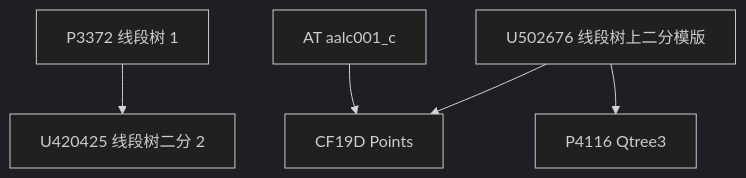
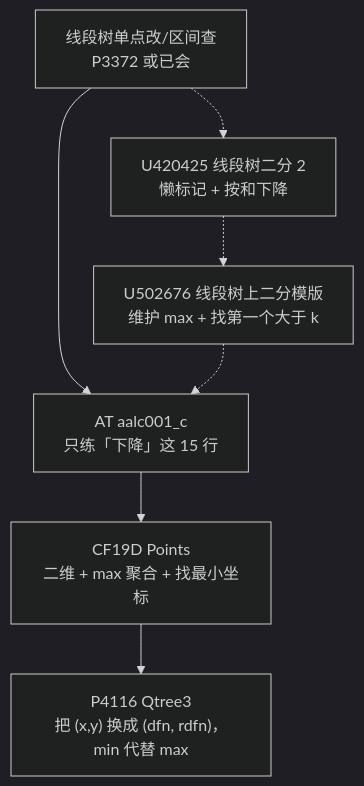
Before and after one commit to rainboyOJ/new_problem_solutions: the diagram in problem-sets/rainboy-personal.md, drawn with Mermaid (dark theme). The commit also changed other lines of this file, not shown here.

Commit message:
docs(problem-sets): 个人题单 mermaid 改为主线链条，补充题作旁支

````diff
--- a/problem-sets/rainboy-personal.md
+++ b/problem-sets/rainboy-personal.md
@@ -16,14 +16,17 @@
 ```mermaid
 flowchart TD
-  P3372["P3372 线段树 1"]
-  U420425["U420425 线段树二分 2"]
-  U502676["U502676 线段树上二分模版"]
-  aalc001c["AT aalc001_c"]
-  CF19D["CF19D Points"]
-  P4116["P4116 Qtree3"]
+  P3372["线段树单点改/区间查<br/>P3372 或已会"]
+  aalc001c["AT aalc001_c<br/>只练「下降」这 15 行"]
+  CF19D["CF19D Points<br/>二维 + max 聚合 + 找最小坐标"]
+  P4116["P4116 Qtree3<br/>把 (x,y) 换成 (dfn, rdfn)，min 代替 max"]
+  U420425["U420425 线段树二分 2<br/>懒标记 + 按和下降"]
+  U502676["U502676 线段树上二分模版<br/>维护 max + 找第一个大于 k"]
 
-  P3372 --> U420425
-  U502676 --> CF19D
+  P3372 --> aalc001c
   aalc001c --> CF19D
-  U502676 --> P4116
+  CF19D --> P4116
+
+  P3372 -.-> U420425
+  U420425 -.-> U502676
+  U502676 -.-> aalc001c
 ```
````
